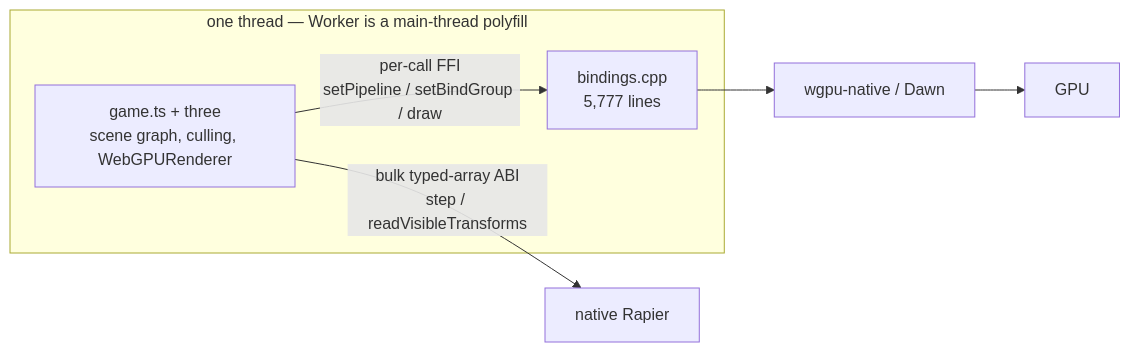
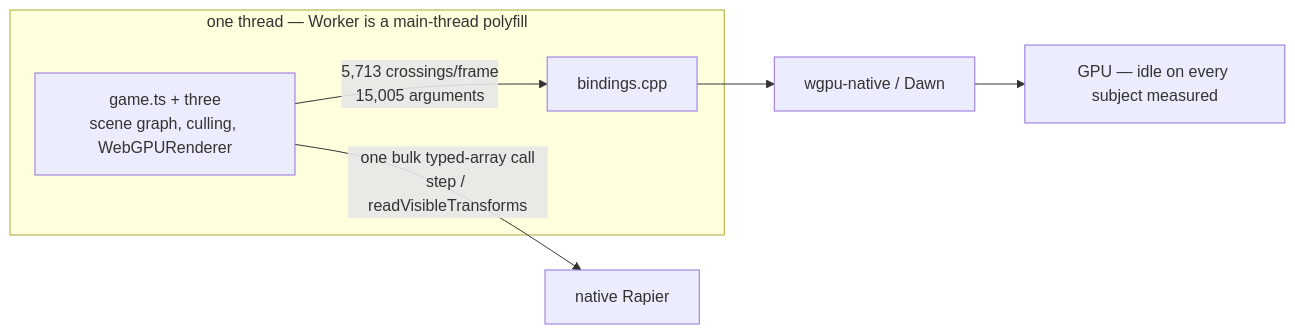
The diagram in docs/architecture/NATIVE-PERF-BOTTLENECKS.md (ThreeNativeHQ/threenative), drawn with Mermaid before and after one commit. The commit also changed other lines of this file and 2 other files, not shown here.

First line of the commit message:
Refactor NATIVE-RENDER-TRANSPORT and NATIVE-RUNTIME documentation

````diff
--- a/docs/architecture/NATIVE-PERF-BOTTLENECKS.md
+++ b/docs/architecture/NATIVE-PERF-BOTTLENECKS.md
@@ -43,10 +59,10 @@
 ```mermaid
 flowchart LR
-  JS["game.ts + three<br/>scene graph, culling, WebGPURenderer"] -->|"per-call FFI<br/>setPipeline / setBindGroup / draw"| B["bindings.cpp<br/>5,777 lines"]
-  B --> W["wgpu-native / Dawn"] --> GPU["GPU"]
-  JS -->|"bulk typed-array ABI<br/>step / readVisibleTransforms"| P["native Rapier"]
+  JS["game.ts + three<br/>scene graph, culling, WebGPURenderer"] -->|"5,713 crossings/frame<br/>15,005 arguments"| B["bindings.cpp"]
+  B --> W["wgpu-native / Dawn"] --> GPU["GPU — idle on every subject measured"]
+  JS -->|"one bulk typed-array call<br/>step / readVisibleTransforms"| P["native Rapier"]
   subgraph MT["one thread — Worker is a main-thread polyfill"]
     JS
     B
   end
 ```
````
